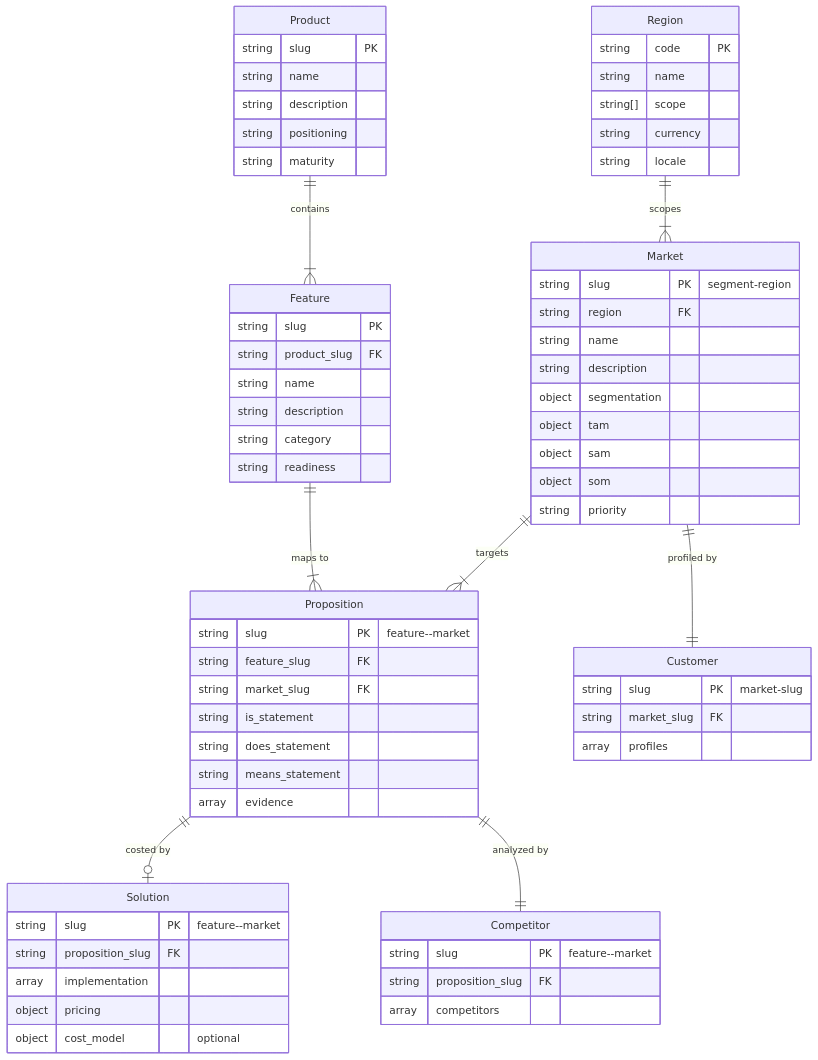
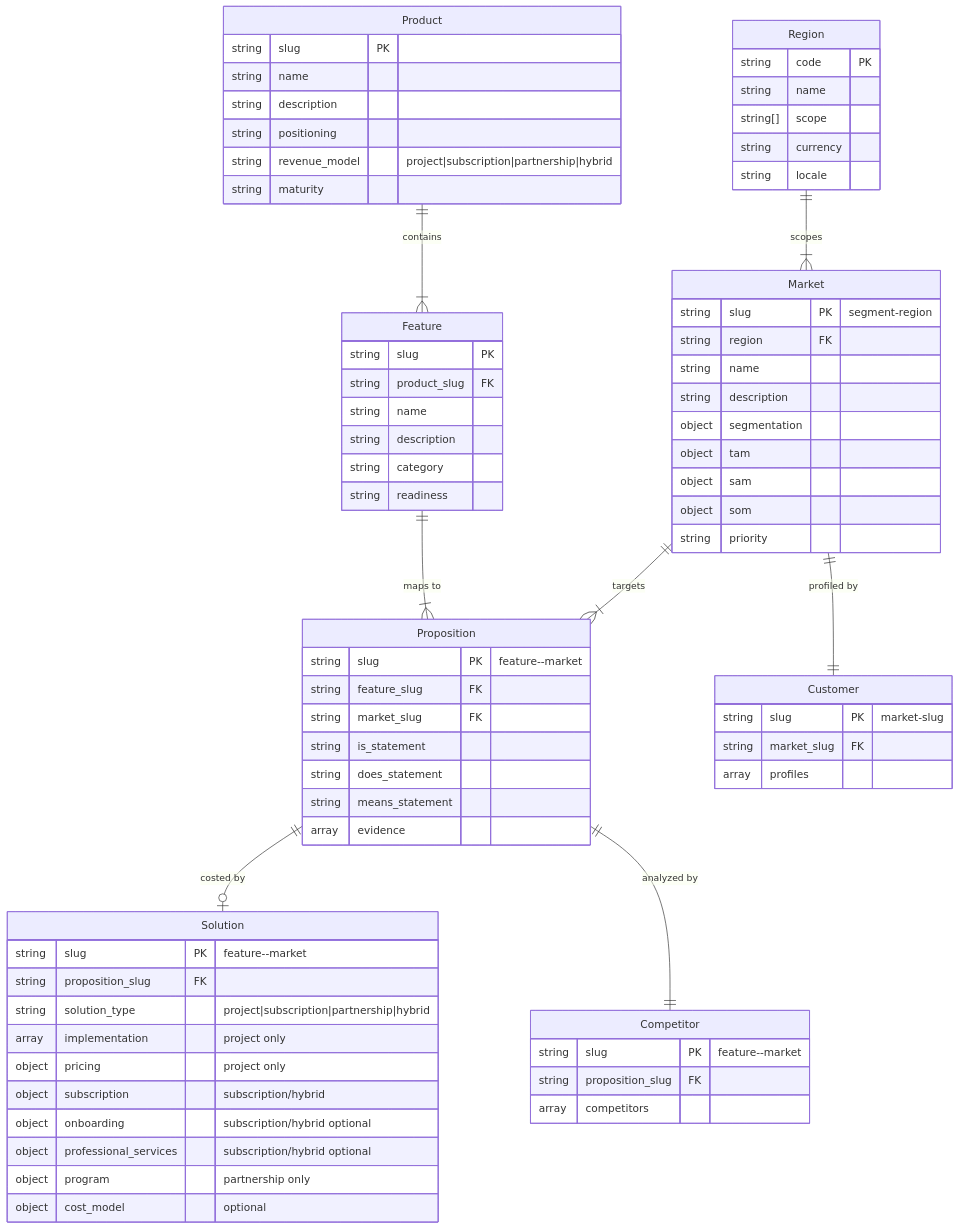
The diagram in skills/setup/references/data-model.md (cogni-work/cogni-portfolio), drawn with Mermaid before and after one commit. The commit also changed other lines of this file and 4 other files, not shown here.

First line of the commit message:
feat: add revenue_model routing for business-model-aware solutions (v0.6.3)

````diff
--- a/skills/setup/references/data-model.md
+++ b/skills/setup/references/data-model.md
@@ -401,70 +585,76 @@
 ```mermaid
 erDiagram
     Product ||--|{ Feature : contains
     Feature ||--|{ Proposition : "maps to"
     Market ||--|{ Proposition : "targets"
     Region ||--|{ Market : "scopes"
     Proposition ||--o| Solution : "costed by"
     Proposition ||--|| Competitor : "analyzed by"
     Market ||--|| Customer : "profiled by"
 
     Product {
         string slug PK
         string name
         string description
         string positioning
+        string revenue_model "project|subscription|partnership|hybrid"
         string maturity
     }
     Feature {
         string slug PK
         string product_slug FK
         string name
         string description
         string category
         string readiness
     }
     Region {
         string code PK
         string name
         string[] scope
         string currency
         string locale
     }
     Market {
         string slug PK "segment-region"
         string region FK
         string name
         string description
         object segmentation
         object tam
         object sam
         object som
         string priority
     }
     Proposition {
         string slug PK "feature--market"
         string feature_slug FK
         string market_slug FK
         string is_statement
         string does_statement
         string means_statement
         array evidence
     }
     Solution {
         string slug PK "feature--market"
         string proposition_slug FK
-        array implementation
-        object pricing
+        string solution_type "project|subscription|partnership|hybrid"
+        array implementation "project only"
+        object pricing "project only"
+        object subscription "subscription/hybrid"
+        object onboarding "subscription/hybrid optional"
+        object professional_services "subscription/hybrid optional"
+        object program "partnership only"
         object cost_model "optional"
     }
     Competitor {
         string slug PK "feature--market"
         string proposition_slug FK
         array competitors
     }
     Customer {
         string slug PK "market-slug"
         string market_slug FK
         array profiles
     }
 ```
````
